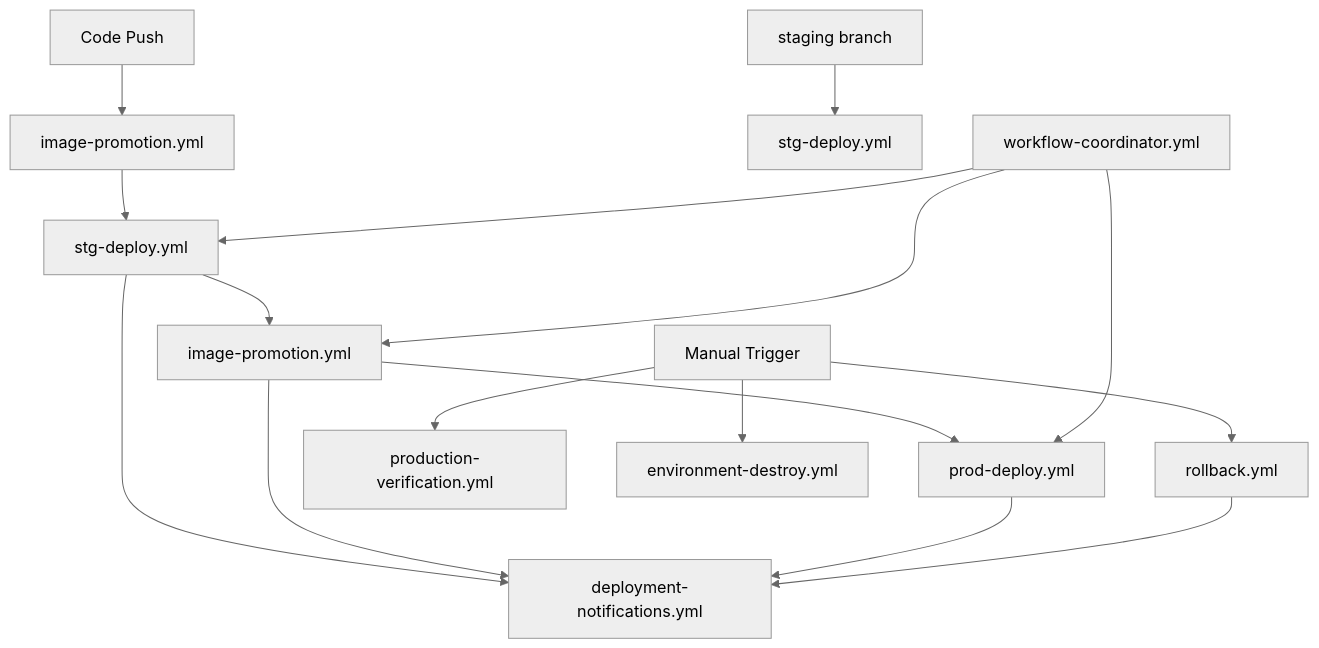
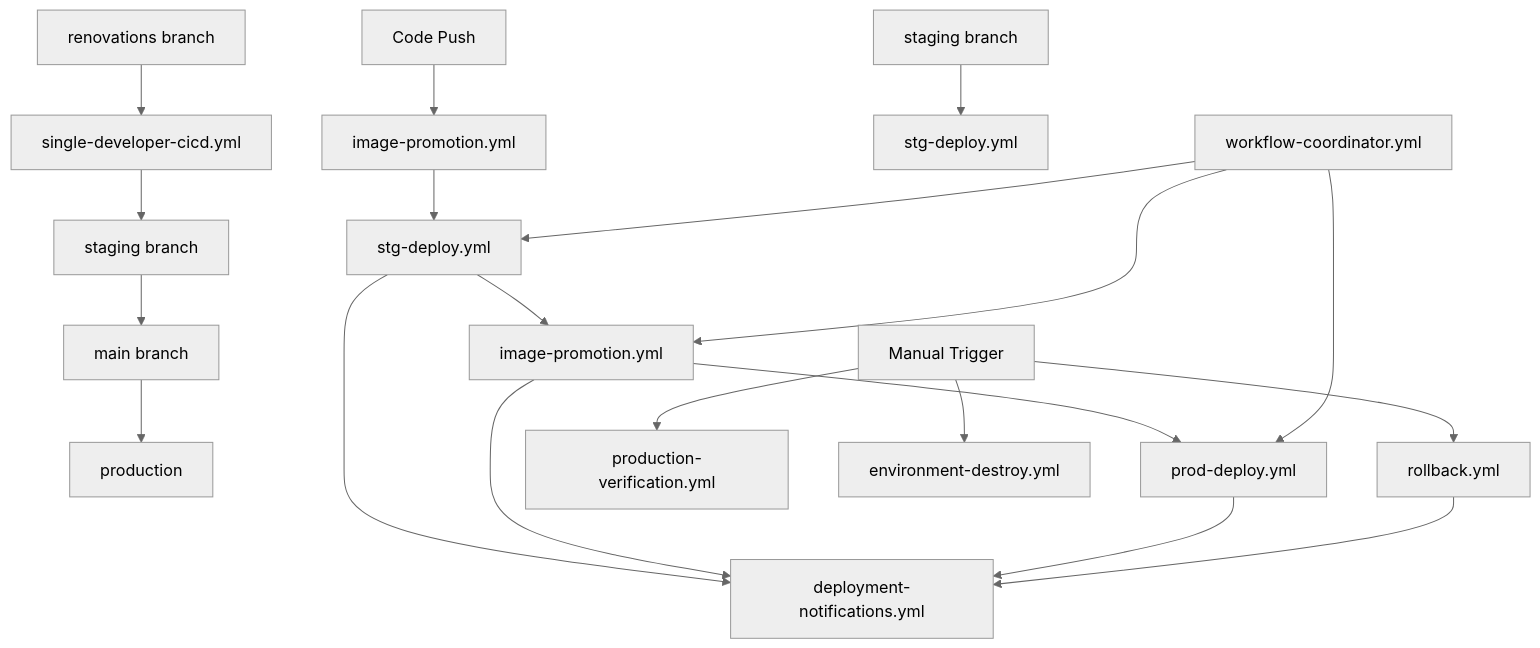
The diagram in .github/workflows/README.md (bxmty/dotca), drawn with Mermaid (neutral theme) before and after one commit. The commit also changed other lines of this file and 2 other files, not shown here.

````diff
--- a/.github/workflows/README.md
+++ b/.github/workflows/README.md
@@ -182,22 +197,29 @@
 ```mermaid
 graph TD
+    %% Single Developer Workflow (Recommended)
+    N[renovations branch] --> O[single-developer-cicd.yml]
+    O --> P[staging branch]
+    P --> Q[main branch]
+    Q --> R[production]
+
+    %% Multi-Developer Workflow (Advanced)
     A[Code Push] --> B[image-promotion.yml]
     B --> C[stg-deploy.yml]
     C --> D[image-promotion.yml]
     D --> E[prod-deploy.yml]
 
     F[staging branch] --> G[stg-deploy.yml]
 
     H[Manual Trigger] --> I[rollback.yml]
     H --> J[production-verification.yml]
     H --> K[environment-destroy.yml]
 
     C --> L[deployment-notifications.yml]
     D --> L
     E --> L
     I --> L
 
     M[workflow-coordinator.yml] --> C
     M --> D
     M --> E
 ```
````
